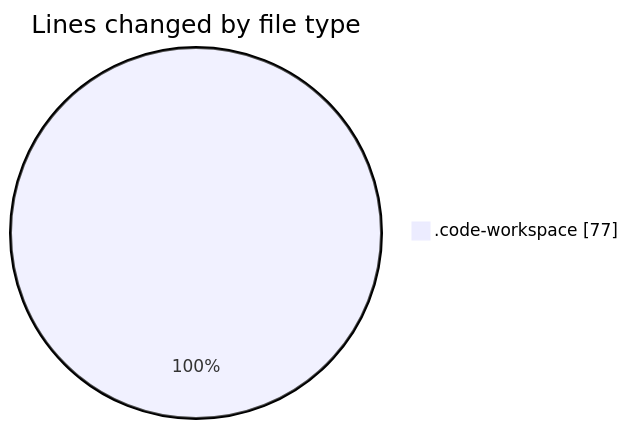
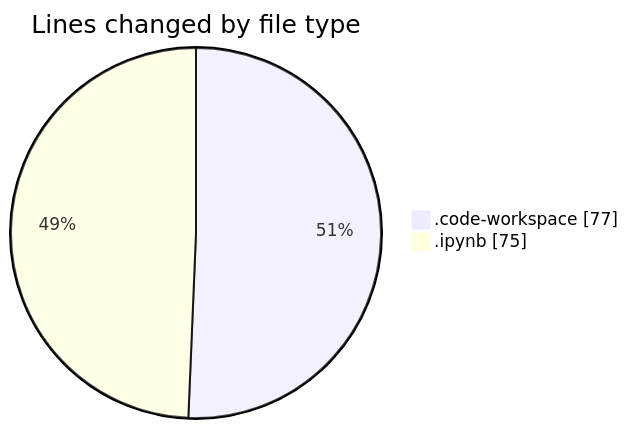
The first of 2 diagrams in 2025-03-14/myws__workspace_/README.md (MatusMokan/code-tracking), drawn with Mermaid before and after one commit. The commit also changed other lines of this file and 1 other file, not shown here.

````diff
--- a/2025-03-14/myws__workspace_/README.md
+++ b/2025-03-14/myws__workspace_/README.md
@@ -20,5 +21,6 @@
 ```mermaid
 pie showData
 title Lines changed by file type
 ".code-workspace" : 77
+".ipynb" : 75
 ```
````
